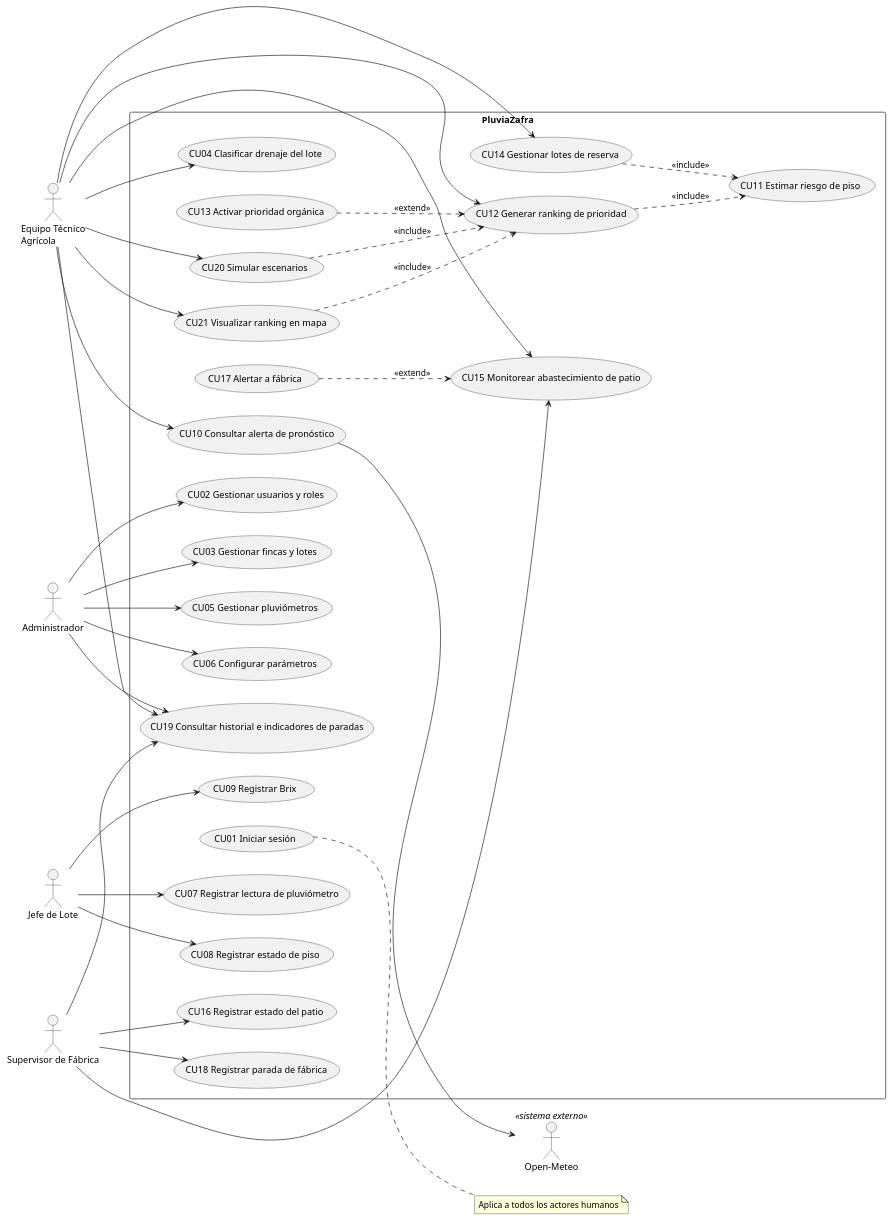
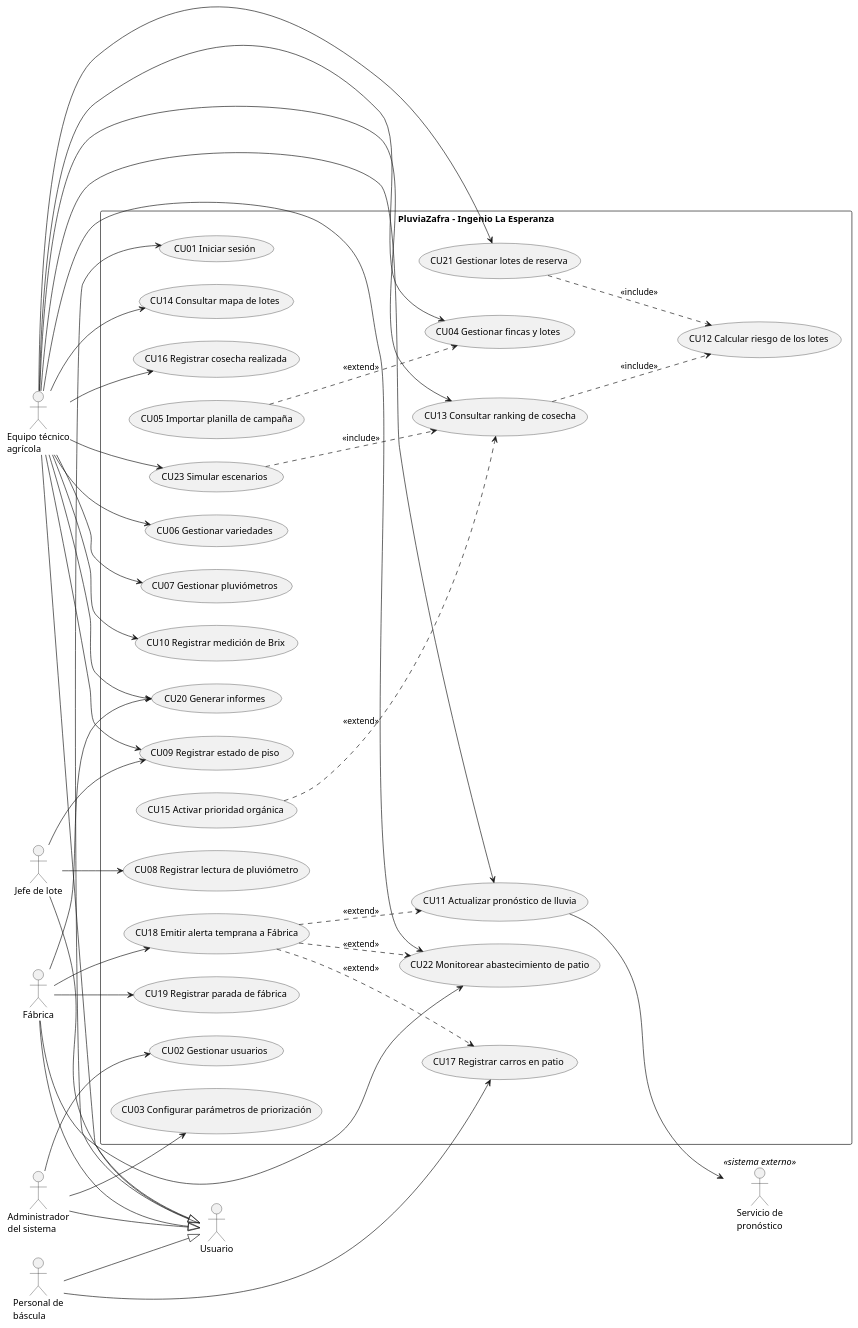
Before and after one commit to Surgeron/TrabajoCampo: the diagram in docs/casos-de-uso-v2.md, drawn with PlantUML. The commit also changed other lines of this file and 5 other files, not shown here.

````diff
--- a/docs/casos-de-uso-v2.md
+++ b/docs/casos-de-uso-v2.md
@@ -67,64 +79,85 @@
 ```plantuml
 @startuml
 left to right direction
-actor "Equipo Técnico\nAgrícola" as ET
-actor "Jefe de Lote" as JL
-actor "Supervisor de Fábrica" as SF
-actor "Administrador" as AD
-actor "Open-Meteo" as OM <<sistema externo>>
 
-rectangle PluviaZafra {
+actor "Usuario" as USR
+actor "Equipo técnico\nagrícola" as ET
+actor "Jefe de lote" as JL
+actor "Fábrica" as FAB
+actor "Personal de\nbáscula" as BAS
+actor "Administrador\ndel sistema" as ADM
+actor "Servicio de\npronóstico" as API <<sistema externo>>
+
+ET --|> USR
+JL --|> USR
+FAB --|> USR
+BAS --|> USR
+ADM --|> USR
+
+rectangle "PluviaZafra – Ingenio La Esperanza" {
   usecase "CU01 Iniciar sesión" as CU01
-  usecase "CU02 Gestionar usuarios y roles" as CU02
-  usecase "CU03 Gestionar fincas y lotes" as CU03
-  usecase "CU04 Clasificar drenaje del lote" as CU04
-  usecase "CU05 Gestionar pluviómetros" as CU05
-  usecase "CU06 Configurar parámetros" as CU06
-  usecase "CU07 Registrar lectura de pluviómetro" as CU07
-  usecase "CU08 Registrar estado de piso" as CU08
-  usecase "CU09 Registrar Brix" as CU09
-  usecase "CU10 Consultar alerta de pronóstico" as CU10
-  usecase "CU11 Estimar riesgo de piso" as CU11
-  usecase "CU12 Generar ranking de prioridad" as CU12
-  usecase "CU13 Activar prioridad orgánica" as CU13
-  usecase "CU14 Gestionar lotes de reserva" as CU14
-  usecase "CU15 Monitorear abastecimiento de patio" as CU15
-  usecase "CU16 Registrar estado del patio" as CU16
-  usecase "CU17 Alertar a fábrica" as CU17
-  usecase "CU18 Registrar parada de fábrica" as CU18
-  usecase "CU19 Consultar historial e indicadores de paradas" as CU19
-  usecase "CU20 Simular escenarios" as CU20
-  usecase "CU21 Visualizar ranking en mapa" as CU21
+  usecase "CU02 Gestionar usuarios" as CU02
+  usecase "CU03 Configurar parámetros de priorización" as CU03
+  usecase "CU04 Gestionar fincas y lotes" as CU04
+  usecase "CU05 Importar planilla de campaña" as CU05
+  usecase "CU06 Gestionar variedades" as CU06
+  usecase "CU07 Gestionar pluviómetros" as CU07
+  usecase "CU08 Registrar lectura de pluviómetro" as CU08
+  usecase "CU09 Registrar estado de piso" as CU09
+  usecase "CU10 Registrar medición de Brix" as CU10
+  usecase "CU11 Actualizar pronóstico de lluvia" as CU11
+  usecase "CU12 Calcular riesgo de los lotes" as CU12
+  usecase "CU13 Consultar ranking de cosecha" as CU13
+  usecase "CU14 Consultar mapa de lotes" as CU14
+  usecase "CU15 Activar prioridad orgánica" as CU15
+  usecase "CU16 Registrar cosecha realizada" as CU16
+  usecase "CU17 Registrar carros en patio" as CU17
+  usecase "CU18 Emitir alerta temprana a Fábrica" as CU18
+  usecase "CU19 Registrar parada de fábrica" as CU19
+  usecase "CU20 Generar informes" as CU20
+  usecase "CU21 Gestionar lotes de reserva" as CU21
+  usecase "CU22 Monitorear abastecimiento de patio" as CU22
+  usecase "CU23 Simular escenarios" as CU23
 }
 
-AD --> CU02
-AD --> CU03
-AD --> CU05
-AD --> CU06
-AD --> CU19
+USR --> CU01
+
+ADM --> CU02
+ADM --> CU03
+
 ET --> CU04
+ET --> CU06
+ET --> CU07
+ET --> CU09
 ET --> CU10
-ET --> CU12
+ET --> CU11
+ET --> CU13
 ET --> CU14
-ET --> CU15
-ET --> CU19
+ET --> CU16
 ET --> CU20
 ET --> CU21
-JL --> CU07
+ET --> CU22
+ET --> CU23
+
 JL --> CU08
 JL --> CU09
-SF --> CU15
-SF --> CU16
-SF --> CU18
-SF --> CU19
-CU10 --> OM
 
-CU12 ..> CU11 : <<include>>
-CU14 ..> CU11 : <<include>>
-CU20 ..> CU12 : <<include>>
+BAS --> CU17
+
+FAB --> CU18
+FAB --> CU19
+FAB --> CU20
+FAB --> CU22
+
+CU11 --> API
+
+CU05 ..> CU04 : <<extend>>
+CU13 ..> CU12 : <<include>>
 CU21 ..> CU12 : <<include>>
-CU13 ..> CU12 : <<extend>>
-CU17 ..> CU15 : <<extend>>
-note right of CU01 : Aplica a todos los actores humanos
+CU23 ..> CU13 : <<include>>
+CU15 ..> CU13 : <<extend>>
+CU18 ..> CU11 : <<extend>>
+CU18 ..> CU17 : <<extend>>
+CU18 ..> CU22 : <<extend>>
 @enduml
 ```
````
